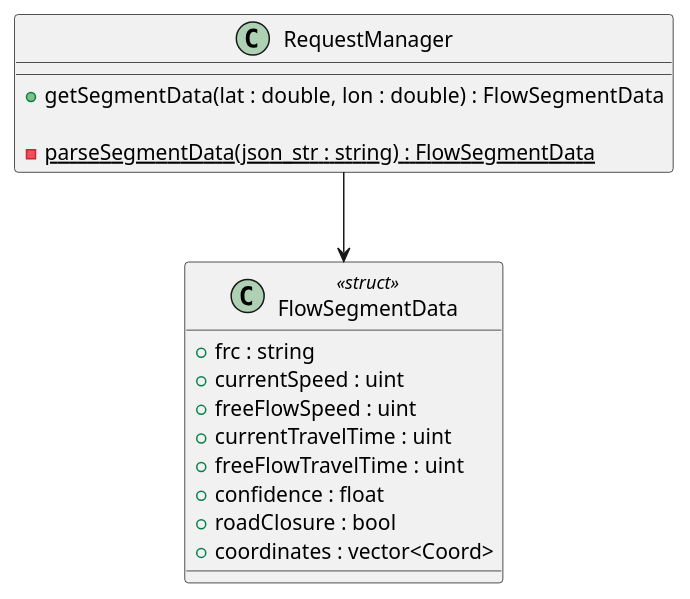
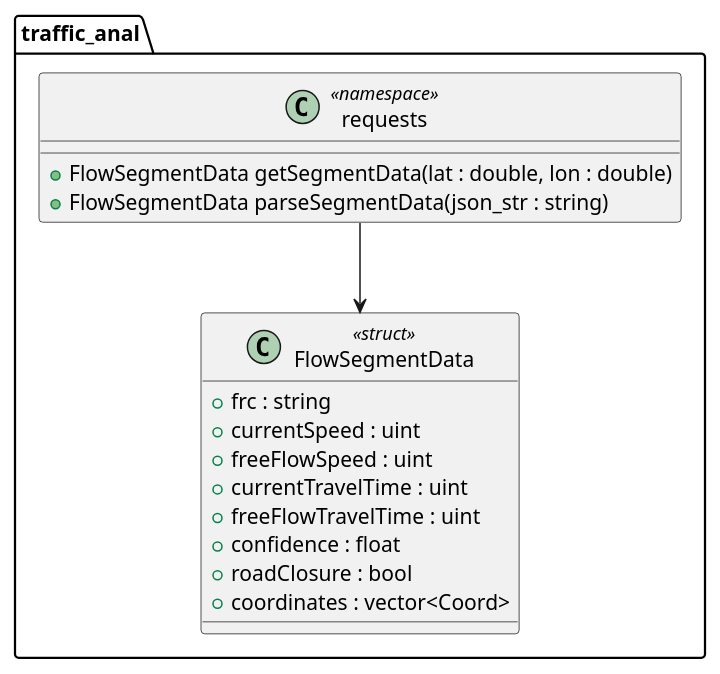
Before and after one commit to A-A-Tel/TrafficAnal-CPP: the diagram in res/class.puml, drawn with PlantUML.

Commit message:
refactored for readability

```diff
--- a/res/class.puml
+++ b/res/class.puml
@@ -1,22 +1,21 @@
 @startuml
-class RequestManager {
-    +getSegmentData(lat : double, lon :  double) : FlowSegmentData
+set separator ::
 
-    -parseSegmentData(json_str : string) : FlowSegmentData {static}
+class traffic_anal::requests <<namespace>> {
+    +FlowSegmentData getSegmentData(lat : double, lon : double)
+    +FlowSegmentData parseSegmentData(json_str : string)
 }
 
-
-class FlowSegmentData <<struct>> {
+class traffic_anal::FlowSegmentData <<struct>> {
     +frc : string
     +currentSpeed : uint
     +freeFlowSpeed : uint
     +currentTravelTime : uint
     +freeFlowTravelTime : uint
     +confidence : float
     +roadClosure : bool
     +coordinates : vector<Coord>
 }
-
-RequestManager --> FlowSegmentData
+traffic_anal::requests --> traffic_anal::FlowSegmentData
 
 @enduml
```
